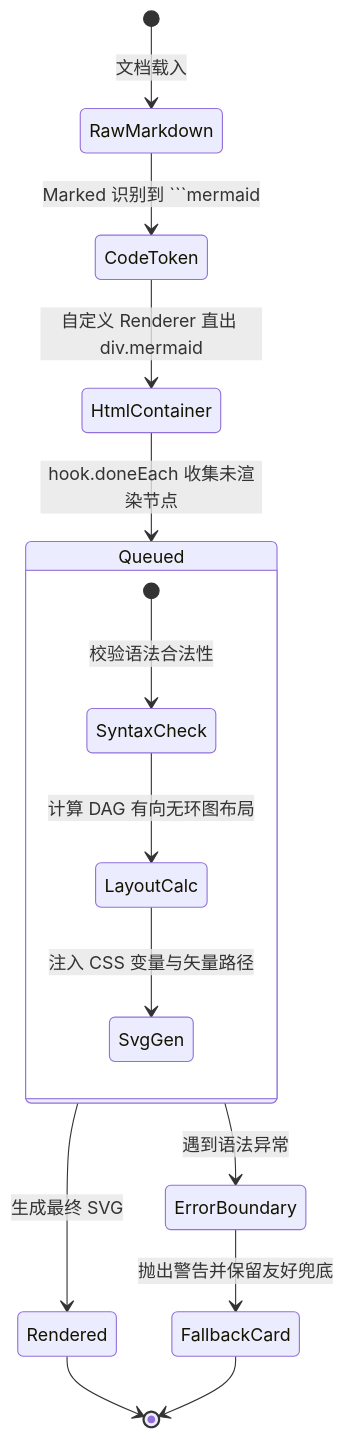
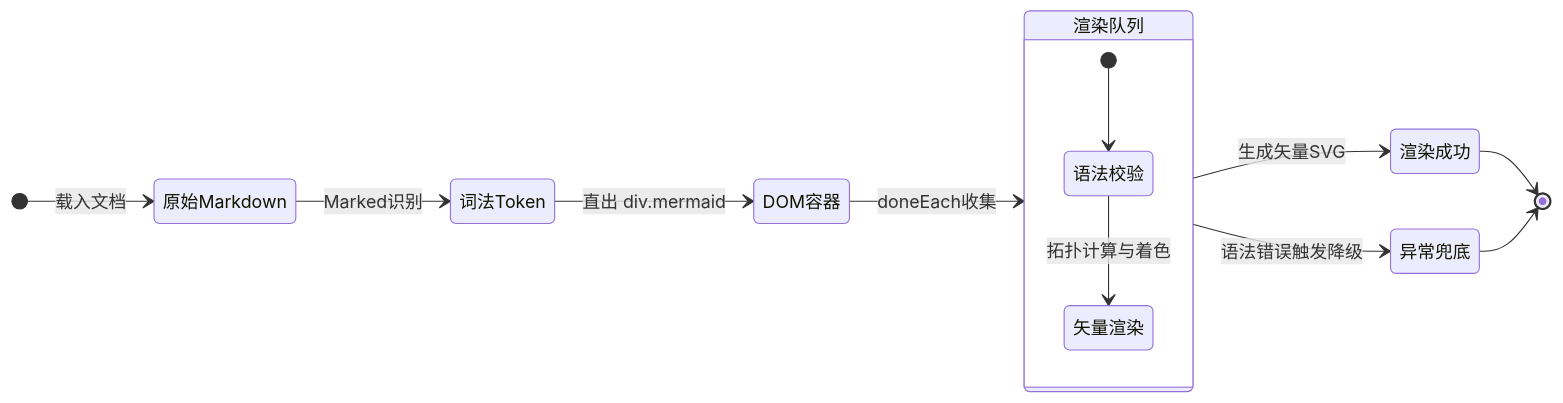
The third of 4 diagrams in blog/docsify-mermaid-guide.md (inkstar/inkstar.github.io), drawn with Mermaid before and after one commit. The commit also changed other lines of this file and 2 other files, not shown here.

Commit message:
style(mermaid): 优化图表尺寸与排版，重构流程图与状态机为紧凑横向架构

````diff
--- a/blog/docsify-mermaid-guide.md
+++ b/blog/docsify-mermaid-guide.md
@@ -295,17 +302,16 @@
 ```mermaid
 stateDiagram-v2
-    [*] --> RawMarkdown: 文档载入
-    RawMarkdown --> CodeToken: Marked 识别到 ```mermaid
-    CodeToken --> HtmlContainer: 自定义 Renderer 直出 div.mermaid
-    HtmlContainer --> Queued: hook.doneEach 收集未渲染节点
-    state Queued {
-        [*] --> SyntaxCheck: 校验语法合法性
-        SyntaxCheck --> LayoutCalc: 计算 DAG 有向无环图布局
-        LayoutCalc --> SvgGen: 注入 CSS 变量与矢量路径
+    direction LR
+    [*] --> 原始Markdown: 载入文档
+    原始Markdown --> 词法Token: Marked识别
+    词法Token --> DOM容器: 直出 div.mermaid
+    DOM容器 --> 渲染队列: doneEach收集
+    state 渲染队列 {
+        [*] --> 语法校验
+        语法校验 --> 矢量渲染: 拓扑计算与着色
     }
-    Queued --> Rendered: 生成最终 SVG
-    Queued --> ErrorBoundary: 遇到语法异常
-    ErrorBoundary --> FallbackCard: 抛出警告并保留友好兜底
-    Rendered --> [*]
-    FallbackCard --> [*]
+    渲染队列 --> 渲染成功: 生成矢量SVG
+    渲染队列 --> 异常兜底: 语法错误触发降级
+    渲染成功 --> [*]
+    异常兜底 --> [*]
 ```
````
